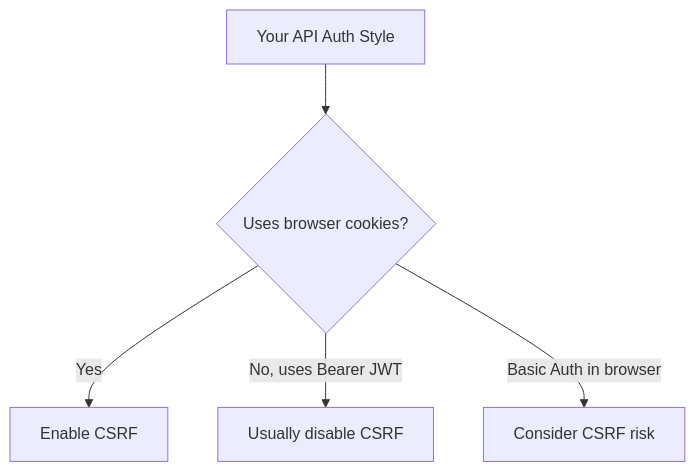
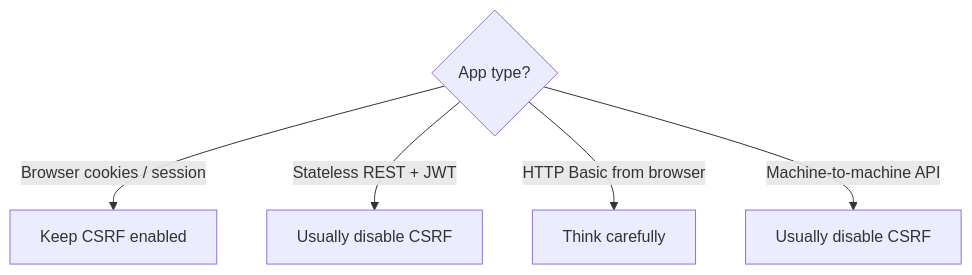
One commit to mthaiseer/springcloud-systemdesign-notes changed diagram 14 of 19 in HLD_NOTES/003_TECHNOLOGY_DEEP_DIVE/spring_boot_auth_authz_visual_reference.md. Above: the diagram before and after it, drawn with Mermaid. The commit also changed other lines of this file and 19 other files, not shown here.

````diff
--- a/HLD_NOTES/003_TECHNOLOGY_DEEP_DIVE/spring_boot_auth_authz_visual_reference.md
+++ b/HLD_NOTES/003_TECHNOLOGY_DEEP_DIVE/spring_boot_auth_authz_visual_reference.md
@@ -900,7 +1156,8 @@
 ```mermaid
 flowchart TD
-    A[Your API Auth Style] --> B{Uses browser cookies?}
-    B -->|Yes| C[Enable CSRF]
-    B -->|No, uses Bearer JWT| D[Usually disable CSRF]
-    B -->|Basic Auth in browser| E[Consider CSRF risk]
+    AppType{App type?}
+    AppType -->|Browser cookies / session| Enable[Keep CSRF enabled]
+    AppType -->|Stateless REST + JWT| Disable[Usually disable CSRF]
+    AppType -->|HTTP Basic from browser| Careful[Think carefully]
+    AppType -->|Machine-to-machine API| Disable2[Usually disable CSRF]
 ```
````
